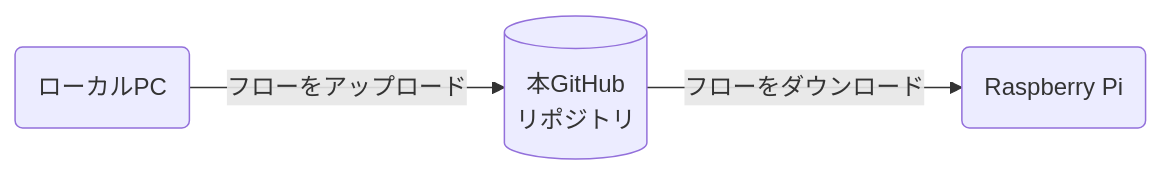
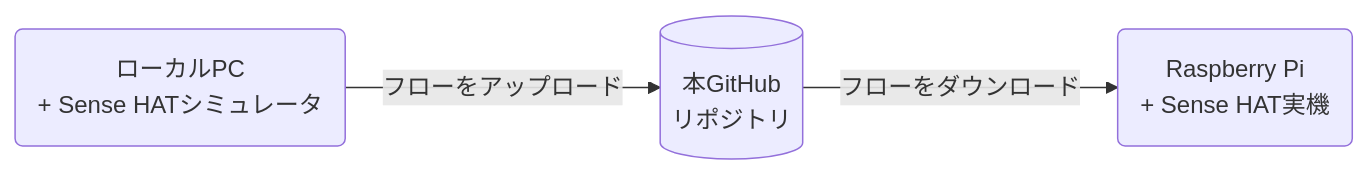
One commit to kazuhitoyokoi/node-red-ogiri-hakata changed the diagram in README.md. Above: the diagram before and after it, drawn with Mermaid. The commit also changed other lines of this file, not shown here.

````diff
--- a/README.md
+++ b/README.md
@@ -51,5 +51,5 @@
 ```mermaid
 graph LR
-A(ローカルPC) -- フローをアップロード --> B[(本GitHub<br>リポジトリ)]
-B -- フローをダウンロード --> C(Raspberry Pi)
+A(ローカルPC<br>+ Sense HATシミュレータ) -- フローをアップロード --> B[(本GitHub<br>リポジトリ)]
+B -- フローをダウンロード --> C(Raspberry Pi<br>+ Sense HAT実機)
 ```
````
